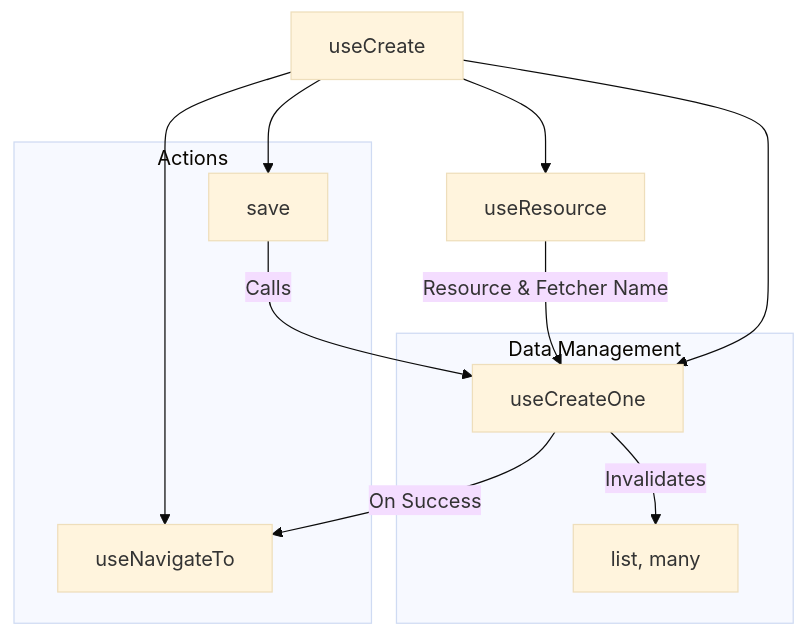
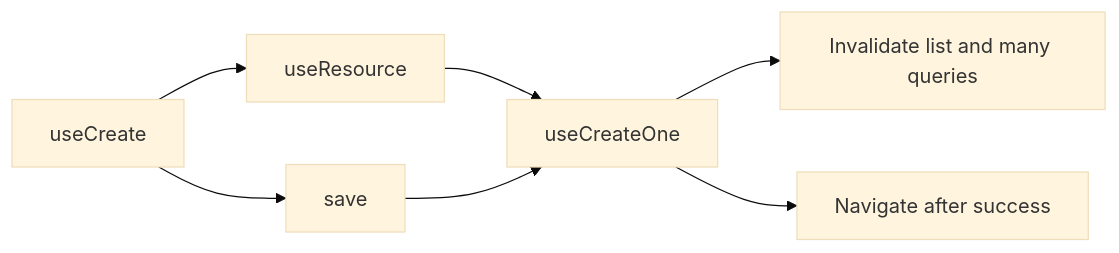
Before and after one commit to aa900031/ginjou: the first of 2 diagrams in docs/content/1.guides/2.form.md, drawn with Mermaid (base theme). The commit also changed other lines of this file and 42 other files, not shown here.

````diff
--- a/docs/content/1.guides/2.form.md
+++ b/docs/content/1.guides/2.form.md
@@ -50,15 +31,9 @@
 ```mermaid
-graph TD
+flowchart LR
     A[useCreate] --> B[useResource]
-    B -- Resource & Fetcher Name --> C[useCreateOne]
-    A --> C
-    A --> D[useNavigateTo]
-    subgraph Data Management
-        C --> |Invalidates| E["list, many"]
-    end
-    subgraph Actions
-        F[save] --> |Calls| C
-        C --> |On Success| D
-    end
-    A --> F
+    B --> C[useCreateOne]
+    A --> D[save]
+    D --> C
+    C --> E[Invalidate list and many queries]
+    C --> F[Navigate after success]
 ```
````
